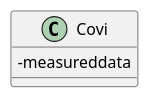
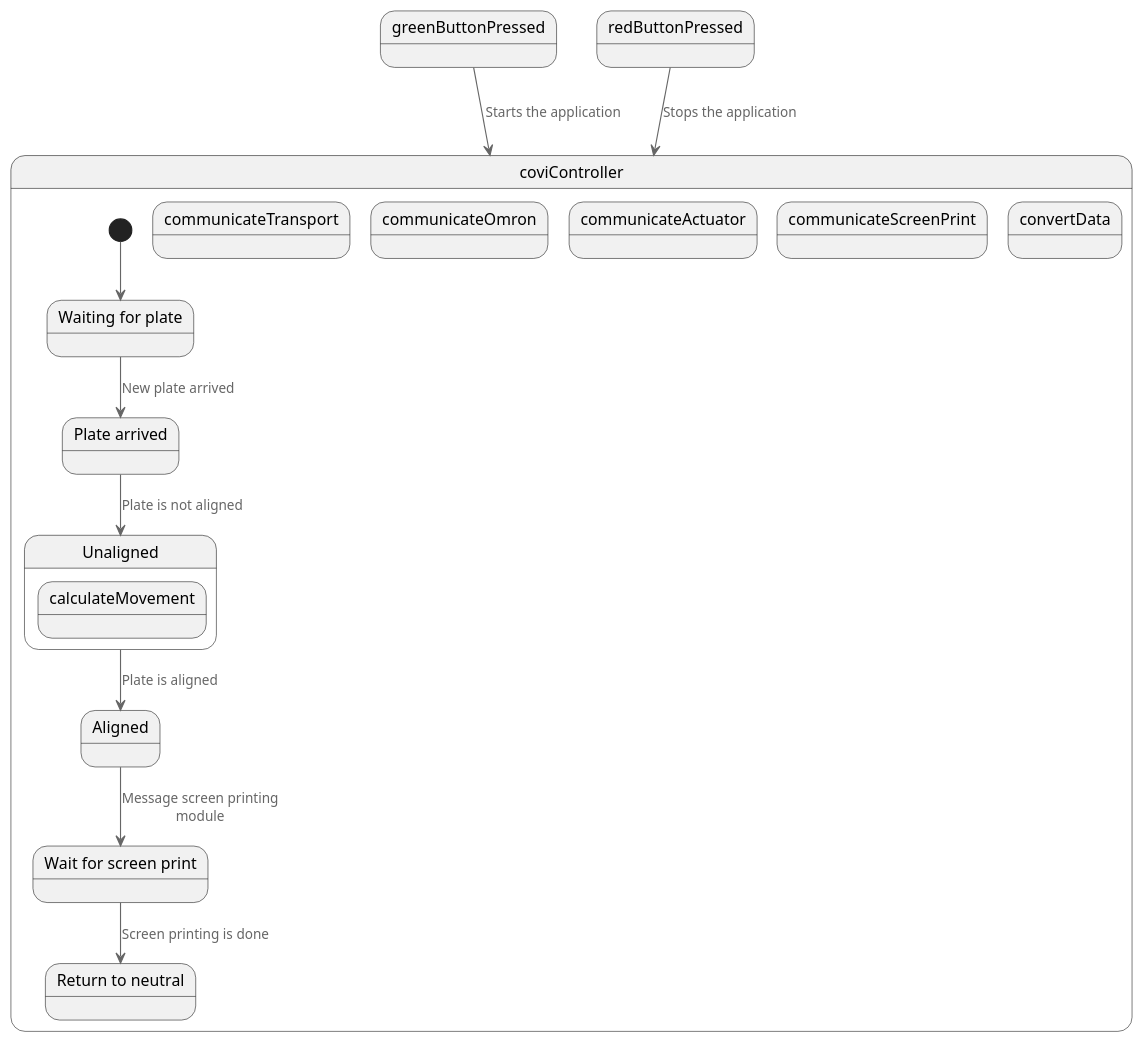
The diagram in C4 Model/CoViC4Code.puml (ricardosnabel/AWL-SPA), drawn with PlantUML before and after one commit. The commit also changed 7 other files, not shown here.

```diff
--- a/C4 Model/CoViC4Code.puml
+++ b/C4 Model/CoViC4Code.puml
@@ -1,13 +1,40 @@
 @startuml CoViCode
 !include https://raw.githubusercontent.com/plantuml-stdlib/C4-PlantUML/master/C4.puml
 
-skinparam classAttributeIconSize 0
+state coviController{
+    state "Waiting for plate" as waitforplate {
+    }
+    state "Plate arrived" as platearrived {
 
-class Covi{
-    -measureddata
-    
+    }
+    state "Unaligned" as unaligned {
+        state calculateMovement
+    }
+    state "Aligned" as aligned
+    state "Wait for screen print" as waitforscreenprint
+    state "Return to neutral" as returntoneutral {
+
+    }
+
+    state communicateTransport
+    state communicateOmron
+    state communicateActuator
+    state communicateScreenPrint
+    state convertData
+
+    [*] --> waitforplate
+    waitforplate --> platearrived : New plate arrived
+    platearrived --> unaligned : Plate is not aligned
+    unaligned --> aligned : Plate is aligned
+    aligned --> waitforscreenprint : Message screen printing module
+    waitforscreenprint --> returntoneutral : Screen printing is done
 
 }
 
+state greenButtonPressed
+state redButtonPressed
+
+greenButtonPressed --> coviController : Starts the application
+redButtonPressed --> coviController : Stops the application
 
 @enduml
```
